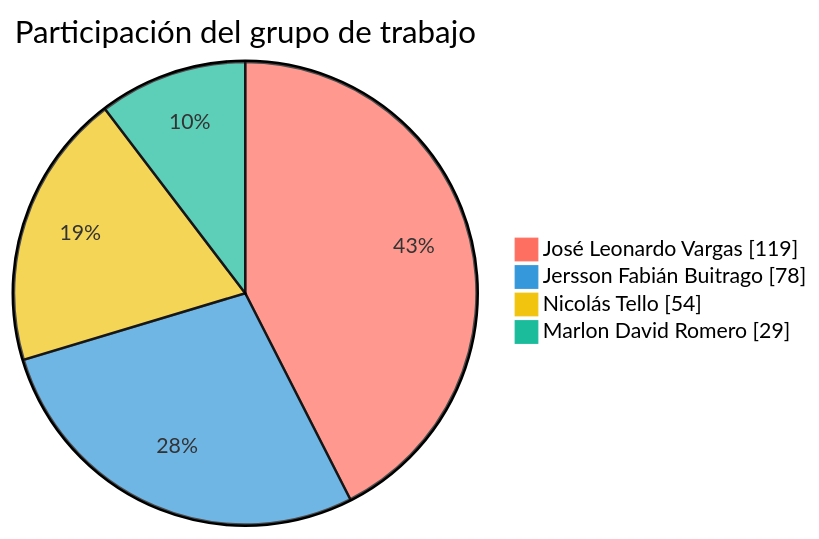
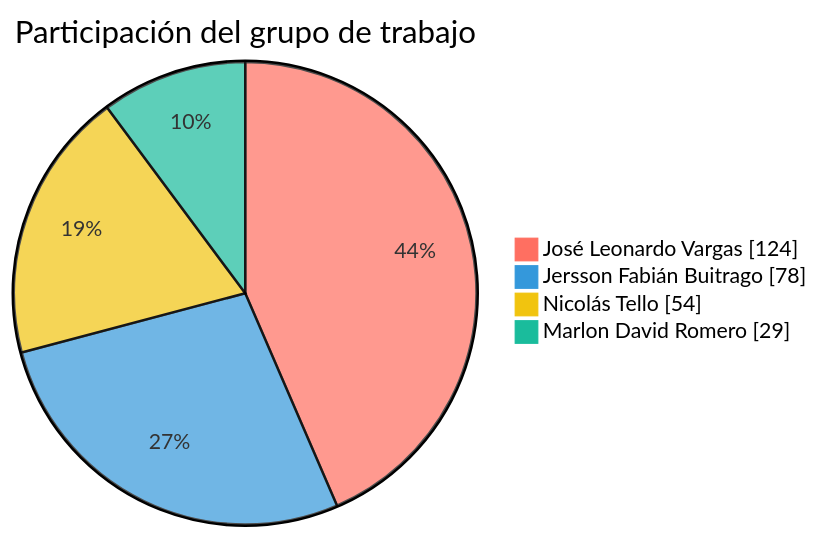
One commit to FarmaExpres/FarmaExpres changed the first of 2 diagrams in README.md. Above: the diagram before and after it, drawn with Mermaid. The commit also changed other lines of this file and 1 other file, not shown here.

````diff
--- a/README.md
+++ b/README.md
@@ -389,9 +389,9 @@
 ```mermaid
 %%{init: {"themeVariables": {"pie1": "#ff6f61", "pie2": "#3498db", "pie3": "#f1c40f", "pie4": "#1abc9c", "pieLabelColor": "#000000", "pieLabelFontSize": "24px", "pieLabelFontWeight": "700"}}}%%
 pie showData
     title Participación del grupo de trabajo
-    "José Leonardo Vargas" : 119
+    "José Leonardo Vargas" : 124
     "Jersson Fabián Buitrago" : 78
     "Nicolás Tello" : 54
     "Marlon David Romero" : 29
 ```
````
